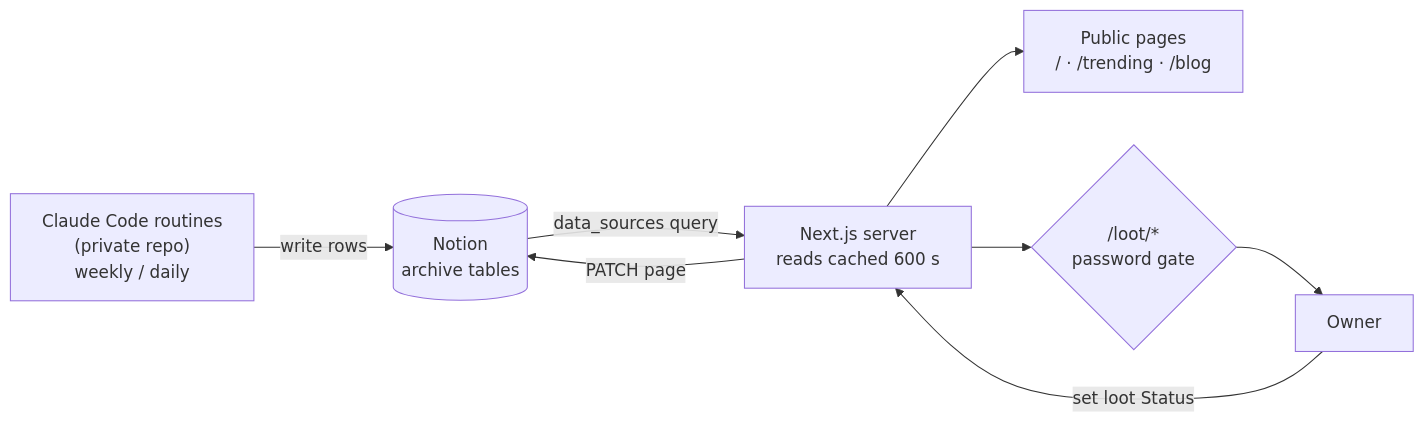
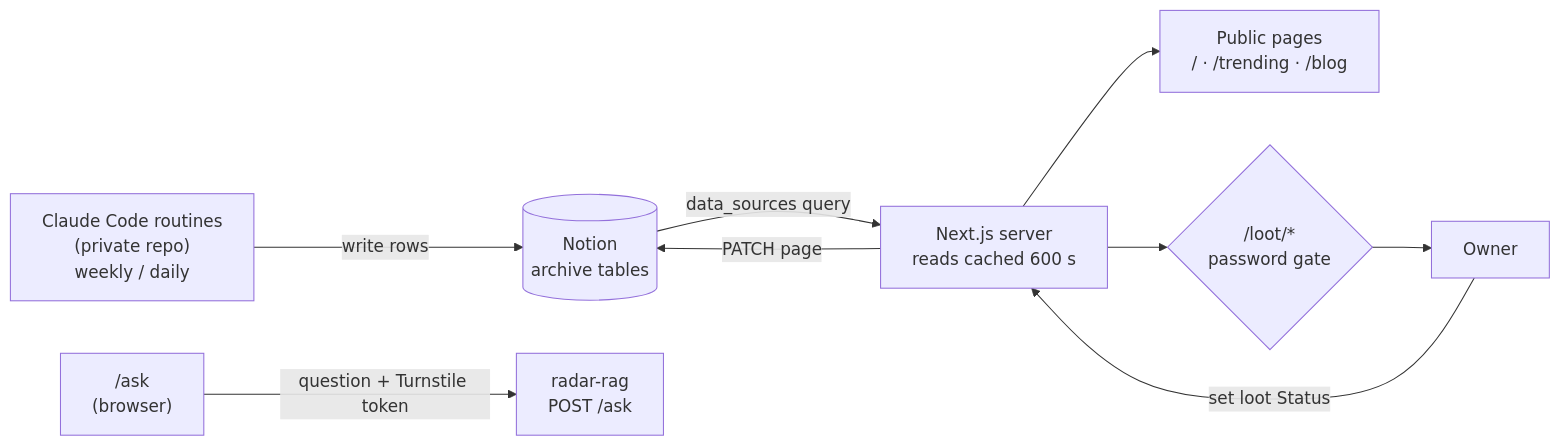
The diagram in README.md (zexion7873/github-radar-ui), drawn with Mermaid before and after one commit. The commit also changed other lines of this file and 8 other files, not shown here.

First line of the commit message:
feat: move Ask the radar onto the site at /ask

````diff
--- a/README.md
+++ b/README.md
@@ -39,17 +40,20 @@
 ```mermaid
 flowchart LR
     Routines["Claude Code routines<br/>(private repo)<br/>weekly / daily"]
     Notion[("Notion<br/>archive tables")]
     Server["Next.js server<br/>reads cached 600 s"]
     Pages["Public pages<br/>/ · /trending · /blog"]
+    Ask["/ask<br/>(browser)"]
+    Rag["radar-rag<br/>POST /ask"]
     Gate{"/loot/*<br/>password gate"}
     Owner["Owner"]
 
     Routines -->|"write rows"| Notion
     Notion -->|"data_sources query"| Server
     Server --> Pages
+    Ask -->|"question + Turnstile token"| Rag
     Server --> Gate
     Gate --> Owner
     Owner -->|"set loot Status"| Server
     Server -->|"PATCH page"| Notion
 ```
````
